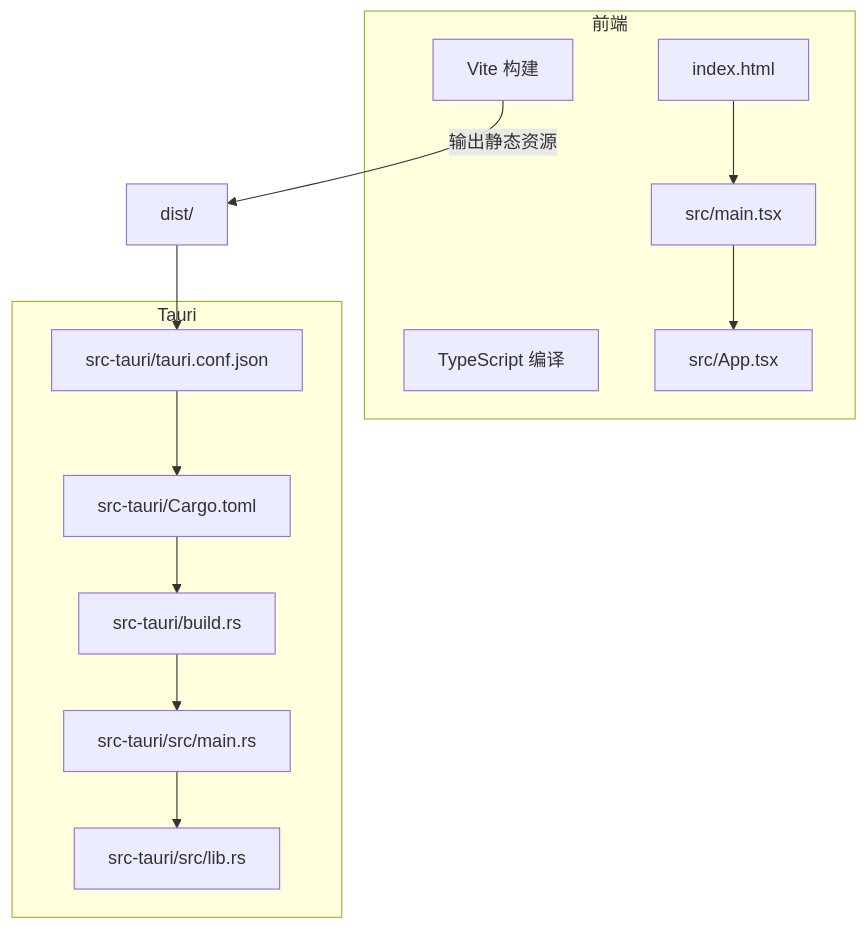
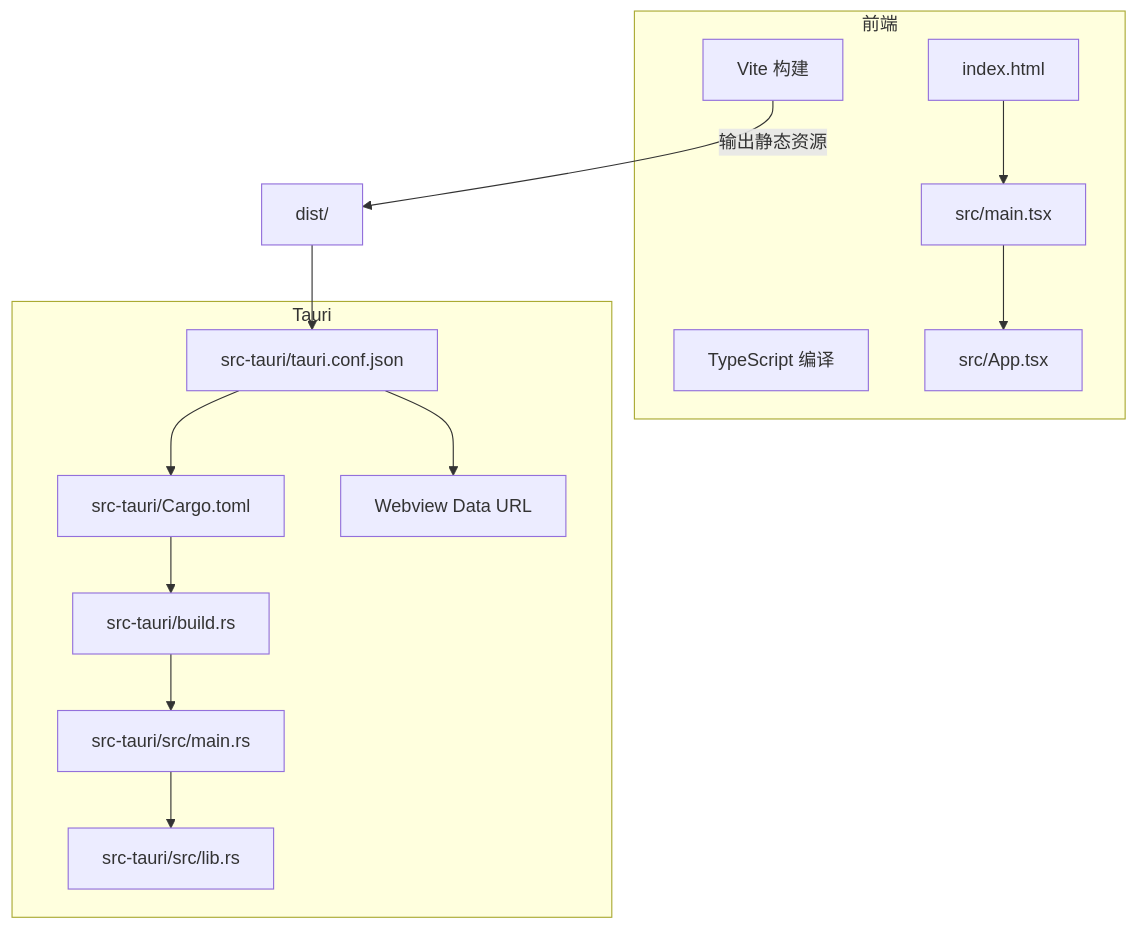
The first of 6 diagrams in .qoder/repowiki/zh/content/构建与部署.md (gongshiyun/ZenNote), drawn with Mermaid before and after one commit. The commit also changed other lines of this file and 21 other files, not shown here.

````diff
--- a/.qoder/repowiki/zh/content/构建与部署.md
+++ b/.qoder/repowiki/zh/content/构建与部署.md
@@ -41,24 +50,26 @@
 ```mermaid
 graph TB
 subgraph "前端"
 V["Vite 构建"]
 TS["TypeScript 编译"]
 HTML["index.html"]
 MAIN["src/main.tsx"]
 APP["src/App.tsx"]
 end
 subgraph "Tauri"
 CONF["src-tauri/tauri.conf.json"]
 CARGO["src-tauri/Cargo.toml"]
 BUILD_RS["src-tauri/build.rs"]
 MAIN_RS["src-tauri/src/main.rs"]
 LIB_RS["src-tauri/src/lib.rs"]
+WEBVIEW["Webview Data URL"]
 end
 HTML --> MAIN --> APP
 V --> |输出静态资源| DIST["dist/"]
 DIST --> CONF
 CONF --> CARGO
 CARGO --> BUILD_RS
 BUILD_RS --> MAIN_RS
 MAIN_RS --> LIB_RS
+CONF --> WEBVIEW
 ```
````
